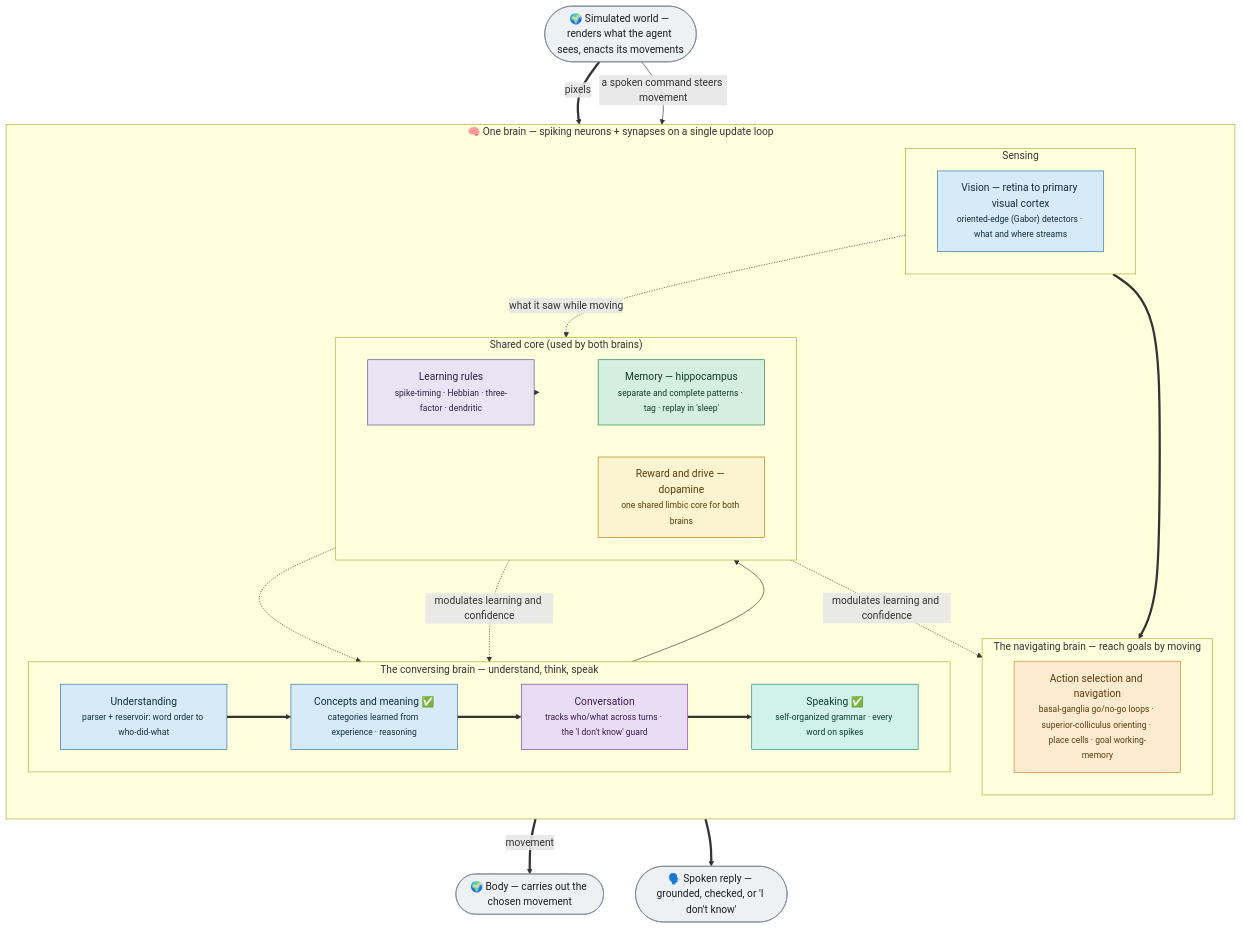
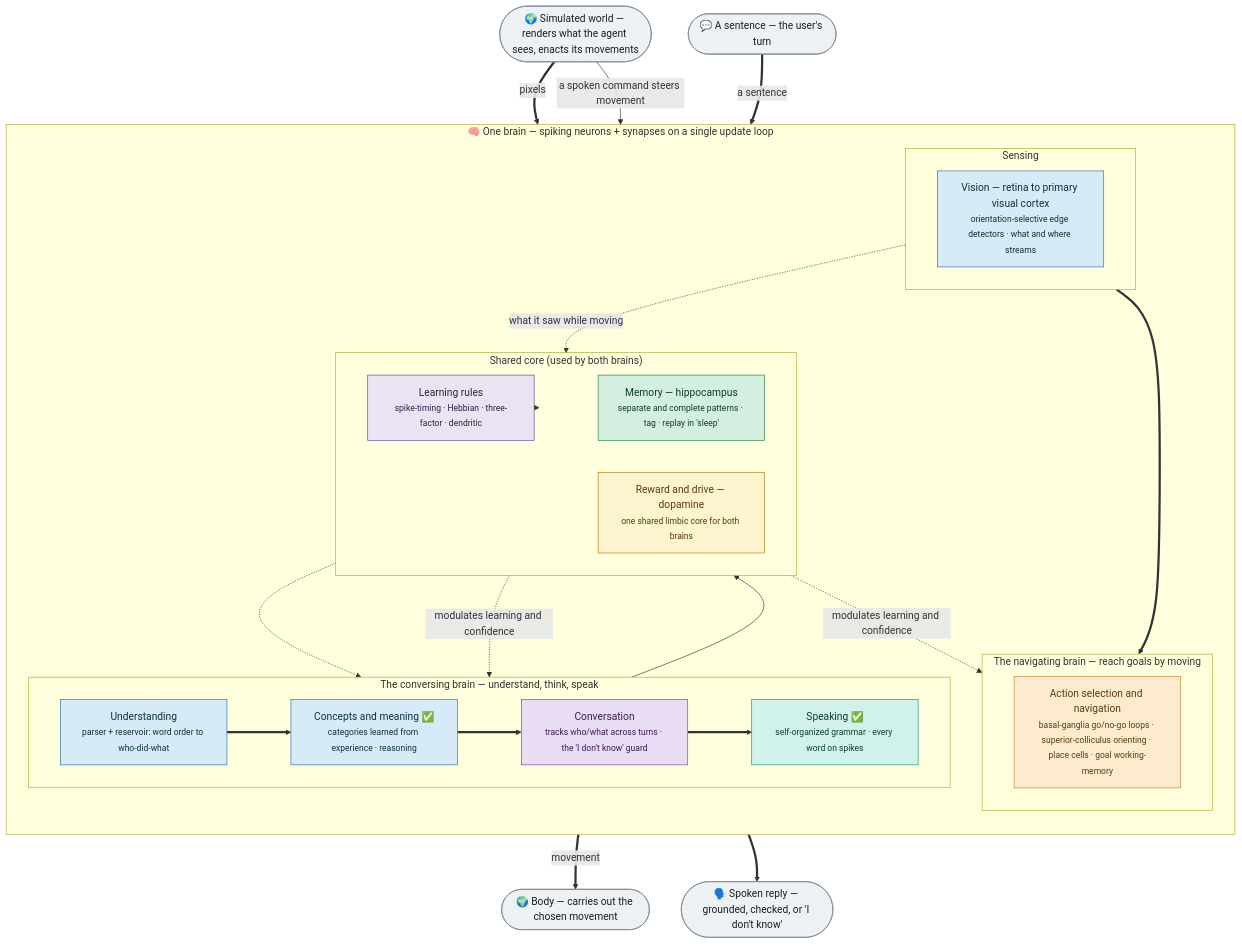
One commit to danthi123/neural-simulator changed the first of 5 diagrams in docs/diagrams/brain_architecture_detailed.md. Above: the diagram before and after it, drawn with Mermaid. The commit also changed other lines of this file, not shown here.

````diff
--- a/docs/diagrams/brain_architecture_detailed.md
+++ b/docs/diagrams/brain_architecture_detailed.md
@@ -28,60 +30,62 @@
 ```mermaid
 flowchart TB
     World(["🌍 Simulated world — renders what the agent sees, enacts its movements"]):::io
+    Turn(["💬 A sentence — the user's turn"]):::io
 
     subgraph ENGINE["🧠 One brain — spiking neurons + synapses on a single update loop"]
       direction TB
 
       subgraph SENSE["Sensing"]
         direction LR
-        VIS["Vision — retina to primary visual cortex<br/><small>oriented-edge (Gabor) detectors · what and where streams</small>"]:::sense
+        VIS["Vision — retina to primary visual cortex<br/><small>orientation-selective edge detectors · what and where streams</small>"]:::sense
       end
 
       subgraph SM["The navigating brain — reach goals by moving"]
         direction LR
         NAV["Action selection and navigation<br/><small>basal-ganglia go/no-go loops · superior-colliculus orienting · place cells · goal working-memory</small>"]:::nav
       end
 
       subgraph LANG["The conversing brain — understand, think, speak"]
         direction LR
         COMP["Understanding<br/><small>parser + reservoir: word order to who-did-what</small>"]:::conv
         CONCEPT["Concepts and meaning ✅<br/><small>categories learned from experience · reasoning</small>"]:::conv
         SPEAK["Speaking ✅<br/><small>self-organized grammar · every word on spikes</small>"]:::gen
         DISC["Conversation<br/><small>tracks who/what across turns · the 'I don't know' guard</small>"]:::plan
       end
 
       subgraph SHARED["Shared core (used by both brains)"]
         direction LR
         MEM["Memory — hippocampus<br/><small>separate and complete patterns · tag · replay in 'sleep'</small>"]:::mem
         REW["Reward and drive — dopamine<br/><small>one shared limbic core for both brains</small>"]:::reward
         LRN["Learning rules<br/><small>spike-timing · Hebbian · three-factor · dendritic</small>"]:::learn
       end
     end
 
     Body(["🌍 Body — carries out the chosen movement"]):::io
     Reply(["🗣️ Spoken reply — grounded, checked, or 'I don't know'"]):::io
 
     World ==>|pixels| VIS
     VIS ==> NAV
     NAV ==>|movement| Body
+    Turn ==>|a sentence| COMP
     World -->|a spoken command steers movement| NAV
 
     VIS -.->|what it saw while moving| MEM
     COMP ==> CONCEPT ==> DISC
     CONCEPT --> MEM
     DISC ==> SPEAK ==> Reply
     MEM -.-> DISC
     REW -.->|modulates learning and confidence| SM
     REW -.->|modulates learning and confidence| LANG
     LRN -.-> SHARED
 
     classDef io fill:#eef1f4,stroke:#7a8794,color:#1d1d1f;
     classDef sense fill:#d6eaf8,stroke:#2e6da4,color:#10303f;
     classDef nav fill:#fdebd0,stroke:#c87f2e,color:#5b3a10;
     classDef conv fill:#d6eaf8,stroke:#2471a3,color:#10303f;
     classDef gen fill:#d1f2eb,stroke:#138d75,color:#0c3d33;
     classDef plan fill:#e9dcf5,stroke:#7d3c98,color:#3b1d4e;
     classDef mem fill:#d4efdf,stroke:#1d8049,color:#0f3d23;
     classDef reward fill:#fcf3cf,stroke:#b9770e,color:#5b3a10;
     classDef learn fill:#eae3f3,stroke:#5b4a8a,color:#2c2247;
 ```
````
